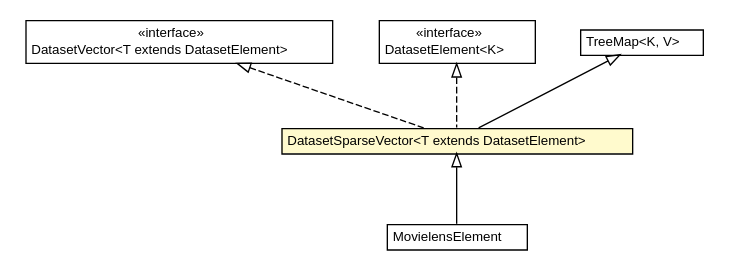
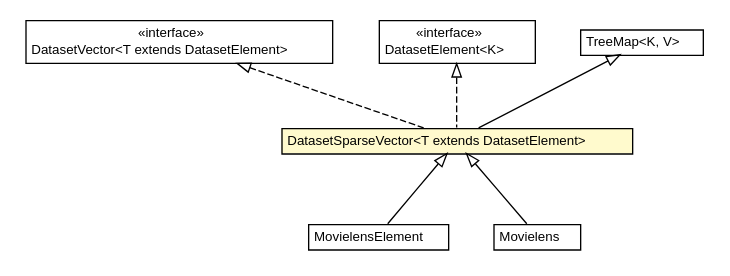
One commit to UnicaLabs-CS/Foresee changed the diagram in docs/it/unica/foresee/datasets/DatasetSparseVector.dot. Above: the diagram before and after it, drawn with Graphviz. The commit also changed 110 other files, not shown here.

Commit message:
Completed movielens support making it a sparse matrix

```diff
--- a/docs/it/unica/foresee/datasets/DatasetSparseVector.dot
+++ b/docs/it/unica/foresee/datasets/DatasetSparseVector.dot
@@ -1,52 +1,60 @@
 #!/usr/local/bin/dot
 #
 # Class diagram 
 # Generated by UMLGraph version 5.2 (http://www.umlgraph.org/)
 #
 
 digraph G {
 	edge [fontname="Helvetica",fontsize=10,labelfontname="Helvetica",labelfontsize=10];
 	node [fontname="Helvetica",fontsize=10,shape=plaintext];
 	nodesep=0.25;
 	ranksep=0.5;
 	// it.unica.foresee.datasets.interfaces.DatasetVector<T extends it.unica.foresee.datasets.interfaces.DatasetElement>
-	c1073 [label=<<table title="it.unica.foresee.datasets.interfaces.DatasetVector" border="0" cellborder="1" cellspacing="0" cellpadding="2" port="p" href="./interfaces/DatasetVector.html">
+	c1034 [label=<<table title="it.unica.foresee.datasets.interfaces.DatasetVector" border="0" cellborder="1" cellspacing="0" cellpadding="2" port="p" href="./interfaces/DatasetVector.html">
 		<tr><td><table border="0" cellspacing="0" cellpadding="1">
 <tr><td align="center" balign="center"> &#171;interface&#187; </td></tr>
 <tr><td align="center" balign="center"> DatasetVector&lt;T extends DatasetElement&gt; </td></tr>
 		</table></td></tr>
 		</table>>, fontname="Helvetica", fontcolor="black", fontsize=10.0];
 	// it.unica.foresee.datasets.interfaces.DatasetElement<K>
-	c1074 [label=<<table title="it.unica.foresee.datasets.interfaces.DatasetElement" border="0" cellborder="1" cellspacing="0" cellpadding="2" port="p" href="./interfaces/DatasetElement.html">
+	c1035 [label=<<table title="it.unica.foresee.datasets.interfaces.DatasetElement" border="0" cellborder="1" cellspacing="0" cellpadding="2" port="p" href="./interfaces/DatasetElement.html">
 		<tr><td><table border="0" cellspacing="0" cellpadding="1">
 <tr><td align="center" balign="center"> &#171;interface&#187; </td></tr>
 <tr><td align="center" balign="center"> DatasetElement&lt;K&gt; </td></tr>
 		</table></td></tr>
 		</table>>, fontname="Helvetica", fontcolor="black", fontsize=10.0];
-	// it.unica.foresee.datasets.DatasetSparseVector<T extends it.unica.foresee.datasets.DatasetElement>
-	c1084 [label=<<table title="it.unica.foresee.datasets.DatasetSparseVector" border="0" cellborder="1" cellspacing="0" cellpadding="2" port="p" bgcolor="lemonChiffon" href="./DatasetSparseVector.html">
+	// it.unica.foresee.datasets.DatasetSparseVector<T extends it.unica.foresee.datasets.interfaces.DatasetElement>
+	c1044 [label=<<table title="it.unica.foresee.datasets.DatasetSparseVector" border="0" cellborder="1" cellspacing="0" cellpadding="2" port="p" bgcolor="lemonChiffon" href="./DatasetSparseVector.html">
 		<tr><td><table border="0" cellspacing="0" cellpadding="1">
 <tr><td align="center" balign="center"> DatasetSparseVector&lt;T extends DatasetElement&gt; </td></tr>
 		</table></td></tr>
 		</table>>, fontname="Helvetica", fontcolor="black", fontsize=10.0];
 	// it.unica.foresee.datasets.MovielensElement
-	c1086 [label=<<table title="it.unica.foresee.datasets.MovielensElement" border="0" cellborder="1" cellspacing="0" cellpadding="2" port="p" href="./MovielensElement.html">
+	c1046 [label=<<table title="it.unica.foresee.datasets.MovielensElement" border="0" cellborder="1" cellspacing="0" cellpadding="2" port="p" href="./MovielensElement.html">
 		<tr><td><table border="0" cellspacing="0" cellpadding="1">
 <tr><td align="center" balign="center"> MovielensElement </td></tr>
 		</table></td></tr>
 		</table>>, fontname="Helvetica", fontcolor="black", fontsize=10.0];
-	//it.unica.foresee.datasets.DatasetSparseVector<T extends it.unica.foresee.datasets.DatasetElement> extends java.util.TreeMap<java.lang.Integer, T>
-	c1109:p -> c1084:p [dir=back,arrowtail=empty];
-	//it.unica.foresee.datasets.DatasetSparseVector<T extends it.unica.foresee.datasets.DatasetElement> implements it.unica.foresee.datasets.interfaces.DatasetVector<T extends it.unica.foresee.datasets.interfaces.DatasetElement>
-	c1073:p -> c1084:p [dir=back,arrowtail=empty,style=dashed];
-	//it.unica.foresee.datasets.DatasetSparseVector<T extends it.unica.foresee.datasets.DatasetElement> implements it.unica.foresee.datasets.interfaces.DatasetElement<K>
-	c1074:p -> c1084:p [dir=back,arrowtail=empty,style=dashed];
+	// it.unica.foresee.datasets.Movielens
+	c1048 [label=<<table title="it.unica.foresee.datasets.Movielens" border="0" cellborder="1" cellspacing="0" cellpadding="2" port="p" href="./Movielens.html">
+		<tr><td><table border="0" cellspacing="0" cellpadding="1">
+<tr><td align="center" balign="center"> Movielens </td></tr>
+		</table></td></tr>
+		</table>>, fontname="Helvetica", fontcolor="black", fontsize=10.0];
+	//it.unica.foresee.datasets.DatasetSparseVector<T extends it.unica.foresee.datasets.interfaces.DatasetElement> extends java.util.TreeMap<java.lang.Integer, T>
+	c1070:p -> c1044:p [dir=back,arrowtail=empty];
+	//it.unica.foresee.datasets.DatasetSparseVector<T extends it.unica.foresee.datasets.interfaces.DatasetElement> implements it.unica.foresee.datasets.interfaces.DatasetVector<T extends it.unica.foresee.datasets.interfaces.DatasetElement>
+	c1034:p -> c1044:p [dir=back,arrowtail=empty,style=dashed];
+	//it.unica.foresee.datasets.DatasetSparseVector<T extends it.unica.foresee.datasets.interfaces.DatasetElement> implements it.unica.foresee.datasets.interfaces.DatasetElement<K>
+	c1035:p -> c1044:p [dir=back,arrowtail=empty,style=dashed];
 	//it.unica.foresee.datasets.MovielensElement extends it.unica.foresee.datasets.DatasetSparseVector<it.unica.foresee.datasets.IntegerElement>
-	c1084:p -> c1086:p [dir=back,arrowtail=empty];
+	c1044:p -> c1046:p [dir=back,arrowtail=empty];
+	//it.unica.foresee.datasets.Movielens extends it.unica.foresee.datasets.DatasetSparseVector<it.unica.foresee.datasets.MovielensElement>
+	c1044:p -> c1048:p [dir=back,arrowtail=empty];
 	// java.util.TreeMap<K, V>
-	c1109 [label=<<table title="java.util.TreeMap" border="0" cellborder="1" cellspacing="0" cellpadding="2" port="p" href="http://java.sun.com/j2se/1.4.2/docs/api/java/util/TreeMap.html">
+	c1070 [label=<<table title="java.util.TreeMap" border="0" cellborder="1" cellspacing="0" cellpadding="2" port="p" href="http://java.sun.com/j2se/1.4.2/docs/api/java/util/TreeMap.html">
 		<tr><td><table border="0" cellspacing="0" cellpadding="1">
 <tr><td align="center" balign="center"> TreeMap&lt;K, V&gt; </td></tr>
 		</table></td></tr>
 		</table>>, fontname="Helvetica", fontcolor="black", fontsize=10.0];
 }
```
